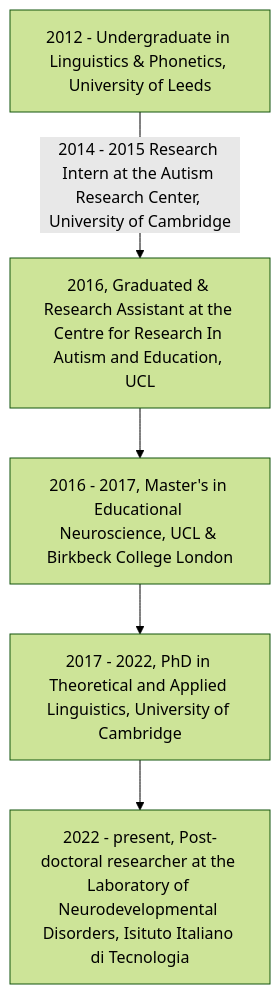
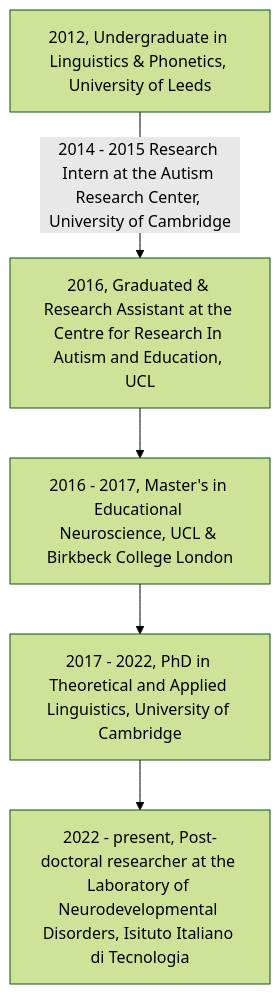
The diagram in README.md (sarahkaarina/sarahkaarina.github.io), drawn with Mermaid (forest theme) before and after one commit.

````diff
--- a/README.md
+++ b/README.md
@@ -21,7 +21,7 @@
 ```mermaid
 graph TD;
-    A[2012 - Undergraduate in Linguistics & Phonetics, University of Leeds]--> |2014 - 2015 Research Intern at the Autism Research Center, University of Cambridge| B[2016, Graduated & Research Assistant at the Centre for Research In Autism and Education, UCL];
+    A[2012, Undergraduate in Linguistics & Phonetics, University of Leeds]--> |2014 - 2015 Research Intern at the Autism Research Center, University of Cambridge| B[2016, Graduated & Research Assistant at the Centre for Research In Autism and Education, UCL];
     B-->C[2016 - 2017, Master's in Educational Neuroscience, UCL & Birkbeck College London];
     C-->D[2017 - 2022, PhD in Theoretical and Applied Linguistics, University of Cambridge];
     D-->E[2022 - present, Post-doctoral researcher at the Laboratory of Neurodevelopmental Disorders, Isituto Italiano di Tecnologia];
 ```
````
